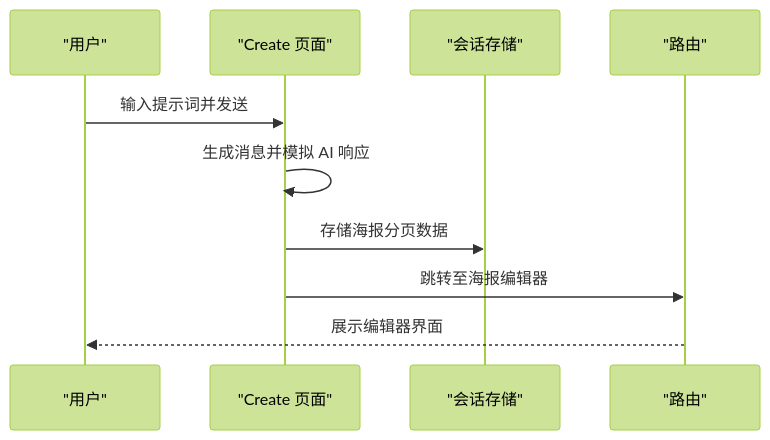
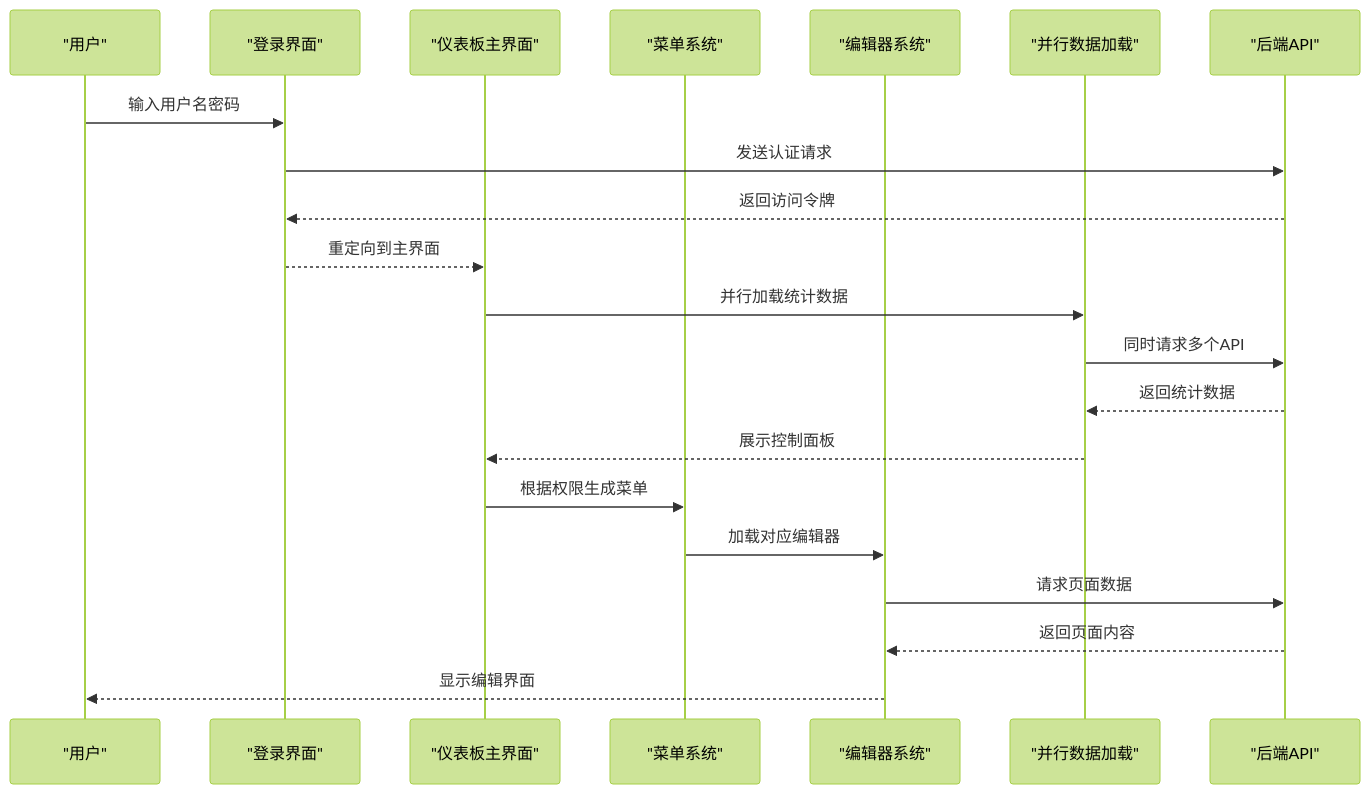
Before and after one commit to hx631580609-web/zsts-cms: the second of 7 diagrams in .qoder/repowiki/zh/content/管理后台系统/界面架构设计.md, drawn with Mermaid (forest theme). The commit also changed other lines of this file and 11 other files, not shown here.

````diff
--- a/.qoder/repowiki/zh/content/管理后台系统/界面架构设计.md
+++ b/.qoder/repowiki/zh/content/管理后台系统/界面架构设计.md
@@ -179,12 +144,23 @@
 ```mermaid
 sequenceDiagram
 participant U as "用户"
-participant C as "Create 页面"
-participant S as "会话存储"
-participant R as "路由"
-U->>C : 输入提示词并发送
-C->>C : 生成消息并模拟 AI 响应
-C->>S : 存储海报分页数据
-C->>R : 跳转至海报编辑器
-R-->>U : 展示编辑器界面
+participant L as "登录界面"
+participant D as "仪表板主界面"
+participant M as "菜单系统"
+participant E as "编辑器系统"
+participant P as "并行数据加载"
+participant A as "后端API"
+U->>L : 输入用户名密码
+L->>A : 发送认证请求
+A-->>L : 返回访问令牌
+L-->>D : 重定向到主界面
+D->>P : 并行加载统计数据
+P->>A : 同时请求多个API
+A-->>P : 返回统计数据
+P-->>D : 展示控制面板
+D->>M : 根据权限生成菜单
+M->>E : 加载对应编辑器
+E->>A : 请求页面数据
+A-->>E : 返回页面内容
+E-->>U : 显示编辑界面
 ```
````
